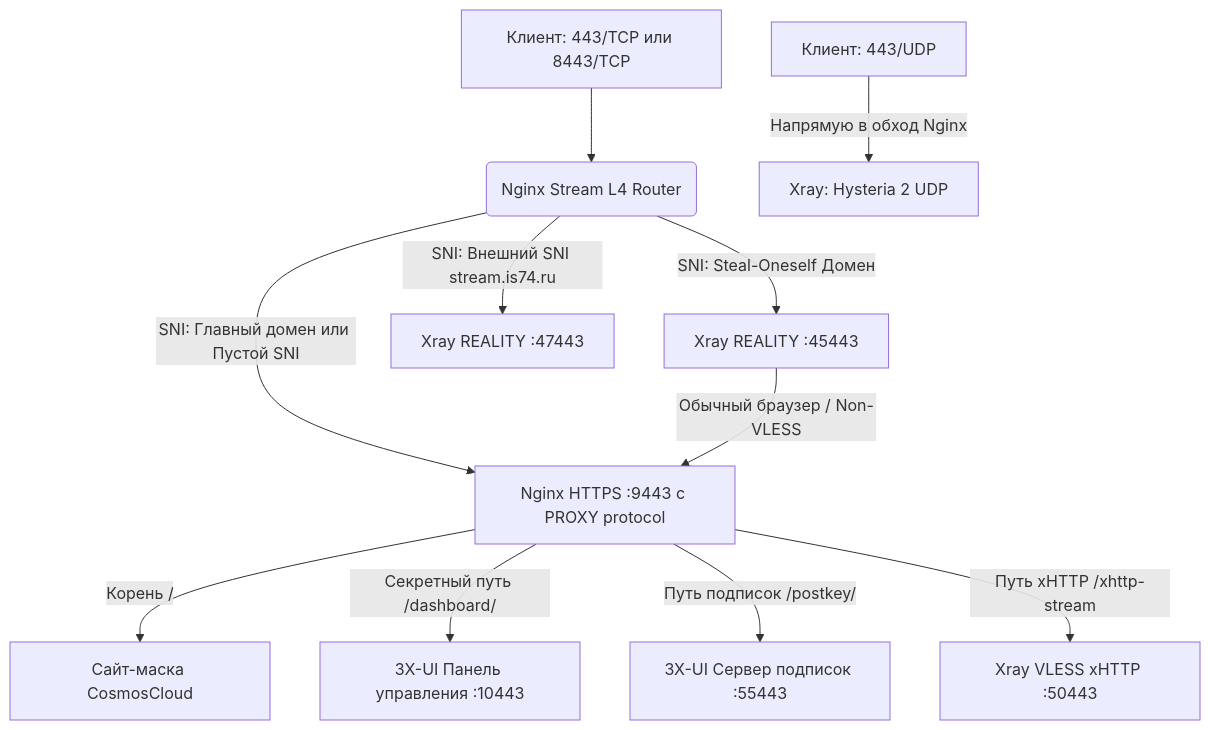
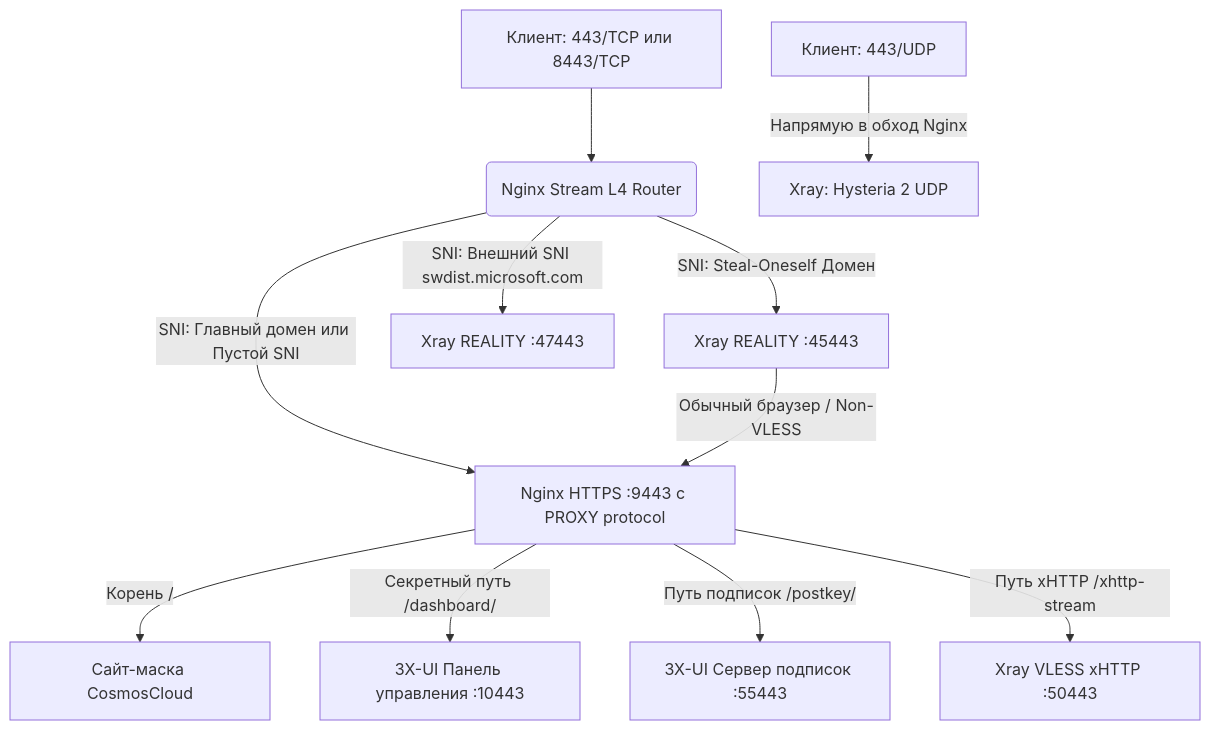
One commit to torrua/Nginx-L4-Stream-Router-Mask-for-3x-ui changed the diagram in README.md. Above: the diagram before and after it, drawn with Mermaid. The commit also changed other lines of this file, not shown here.

````diff
--- a/README.md
+++ b/README.md
@@ -49,16 +49,16 @@
 ```mermaid
 graph TD
     Client443TCP[Клиент: 443/TCP или 8443/TCP] --> NginxStream(Nginx Stream L4 Router)
     Client443UDP[Клиент: 443/UDP] -->|Напрямую в обход Nginx| XrayHysteria[Xray: Hysteria 2 UDP]
 
     NginxStream -->|SNI: Главный домен или Пустой SNI| NginxHTTP[Nginx HTTPS :9443 с PROXY protocol]
     NginxStream -->|SNI: Steal-Oneself Домен| XrayStealREALITY[Xray REALITY :45443]
-    NginxStream -->|SNI: Внешний SNI stream.is74.ru| XrayClassicREALITY[Xray REALITY :47443]
+    NginxStream -->|SNI: Внешний SNI swdist.microsoft.com| XrayClassicREALITY[Xray REALITY :47443]
 
     XrayStealREALITY -->|Обычный браузер / Non-VLESS| NginxHTTP
     
     NginxHTTP -->|Корень /| DecoySite[Сайт-маска CosmosCloud]
     NginxHTTP -->|Секретный путь /dashboard/| Panel3X[3X-UI Панель управления :10443]
     NginxHTTP -->|Путь подписок /postkey/| PanelSub[3X-UI Сервер подписок :55443]
     NginxHTTP -->|Путь xHTTP /xhttp-stream| XrayXHTTP[Xray VLESS xHTTP :50443]
 ```
````
